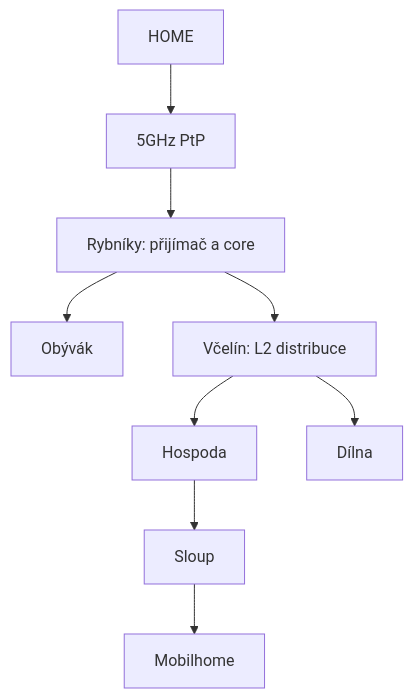
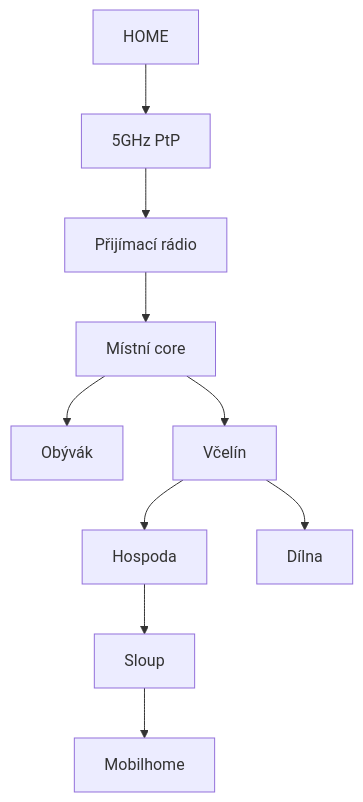
Before and after one commit to msporik/Madmike-infra: the first of 2 diagrams in Rybniky-Amerika/Sit/Topologie.md, drawn with Mermaid. The commit also changed other lines of this file, not shown here.

````diff
--- a/Rybniky-Amerika/Sit/Topologie.md
+++ b/Rybniky-Amerika/Sit/Topologie.md
@@ -5,11 +5,12 @@
 ```mermaid
 flowchart TD
     HOME["HOME"] --> PTP["5GHz PtP"]
-    PTP --> CORE["Rybníky: přijímač a core"]
+    PTP --> RX["Přijímací rádio"]
+    RX --> CORE["Místní core"]
     CORE --> OBYVAK["Obývák"]
-    CORE --> VCELIN["Včelín: L2 distribuce"]
+    CORE --> VCELIN["Včelín"]
     VCELIN --> HOSPODA["Hospoda"]
     VCELIN --> DILNA["Dílna"]
     HOSPODA --> SLOUP["Sloup"]
     SLOUP --> MOBILHOME["Mobilhome"]
 ```
````
